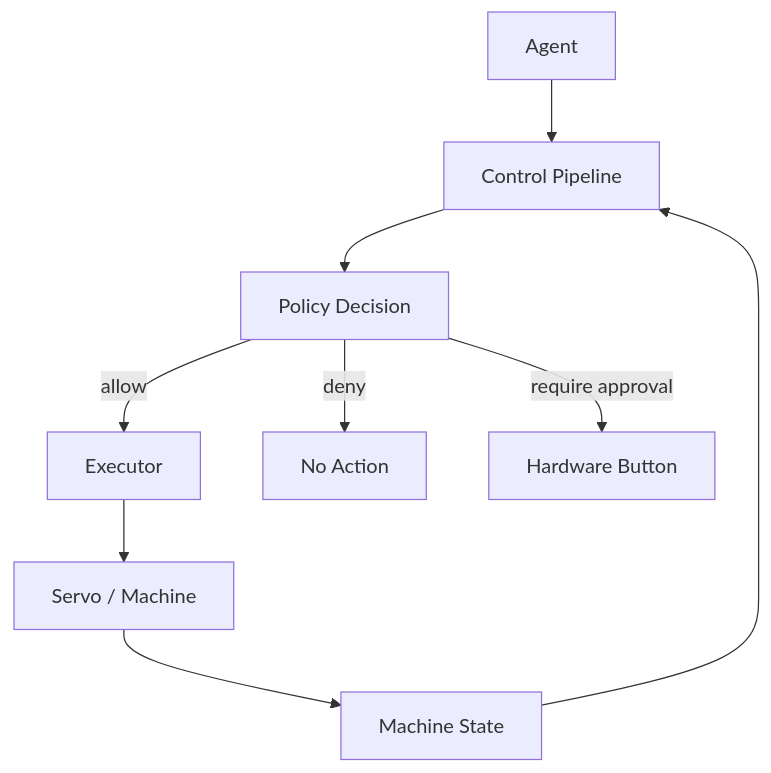
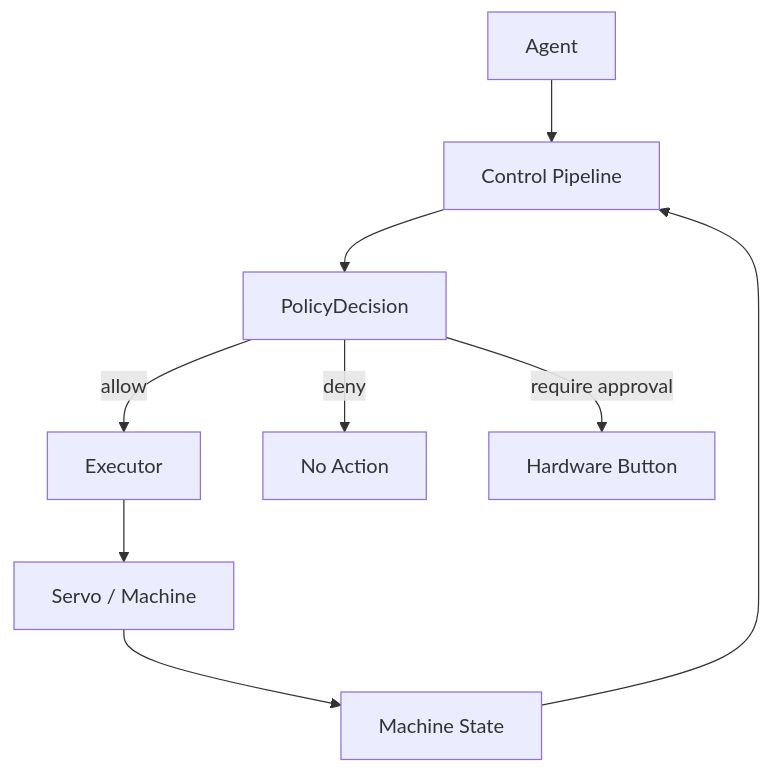
Before and after one commit to Ahasva/agent-control-core: the fifth of 6 diagrams in docs/whitepaper.md, drawn with Mermaid. The commit also changed other lines of this file and 7 other files, not shown here.

````diff
--- a/docs/whitepaper.md
+++ b/docs/whitepaper.md
@@ -133,13 +171,13 @@
 ```mermaid
 flowchart TD
     AI[Agent] --> CP[Control Pipeline]
-    CP --> PD[Policy Decision]
+    CP --> PD[PolicyDecision]
     PD -->|allow| EX[Executor]
     EX --> HW[Servo / Machine]
 
     PD -->|deny| BLOCK[No Action]
     PD -->|require approval| APPROVAL[Hardware Button]
 
     HW --> STATE[Machine State]
     STATE --> CP
 ```
````
